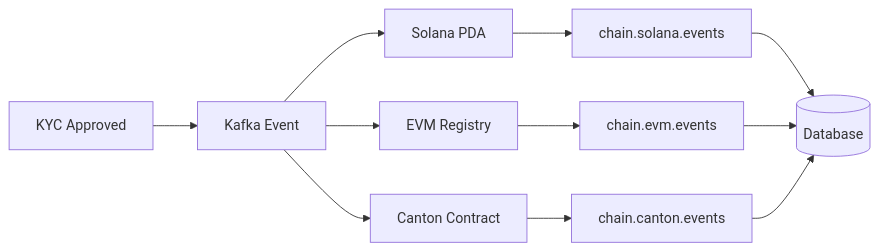
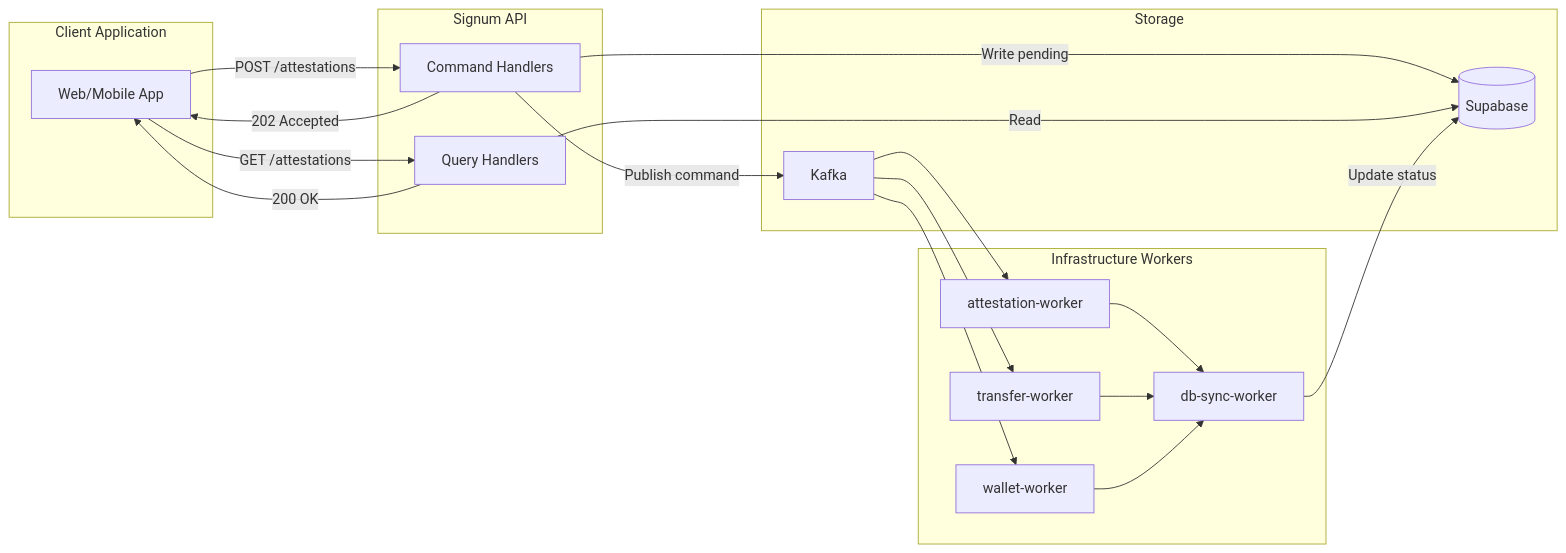
Before and after one commit to SignumIdentity/mintlify-docs: the first of 7 diagrams in architecture.mdx, drawn with Mermaid. The commit also changed other lines of this file and 12 other files, not shown here.

````diff
--- a/architecture.mdx
+++ b/architecture.mdx
@@ -96,15 +19,41 @@
 ```mermaid
 flowchart LR
-    KYC[KYC Approved] --> Kafka[Kafka Event]
-    Kafka --> Solana[Solana PDA]
-    Kafka --> EVM[EVM Registry]
-    Kafka --> Canton[Canton Contract]
+    subgraph client [Client Application]
+        App[Web/Mobile App]
+    end
+
+    subgraph api [Signum API]
+        Commands[Command Handlers]
+        Queries[Query Handlers]
+    end
+
+    subgraph storage [Storage]
+        DB[(Supabase)]
+        Kafka[Kafka]
+    end
+
+    subgraph workers [Infrastructure Workers]
+        AttWorker[attestation-worker]
+        TransWorker[transfer-worker]
+        WalletWorker[wallet-worker]
+        DbSync[db-sync-worker]
+    end
+
+    App -->|"POST /attestations"| Commands
+    App -->|"GET /attestations"| Queries
     
-    Solana --> Confirm1[chain.solana.events]
-    EVM --> Confirm2[chain.evm.events]
-    Canton --> Confirm3[chain.canton.events]
+    Commands -->|Write pending| DB
+    Commands -->|Publish command| Kafka
+    Commands -->|"202 Accepted"| App
     
-    Confirm1 --> DB[(Database)]
-    Confirm2 --> DB
-    Confirm3 --> DB
+    Queries -->|Read| DB
+    Queries -->|"200 OK"| App
+    
+    Kafka --> AttWorker
+    Kafka --> TransWorker
+    Kafka --> WalletWorker
+    AttWorker --> DbSync
+    TransWorker --> DbSync
+    WalletWorker --> DbSync
+    DbSync -->|Update status| DB
 ```
````
